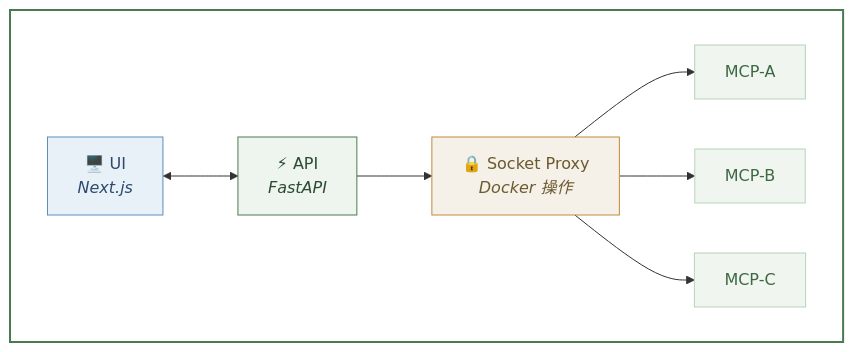
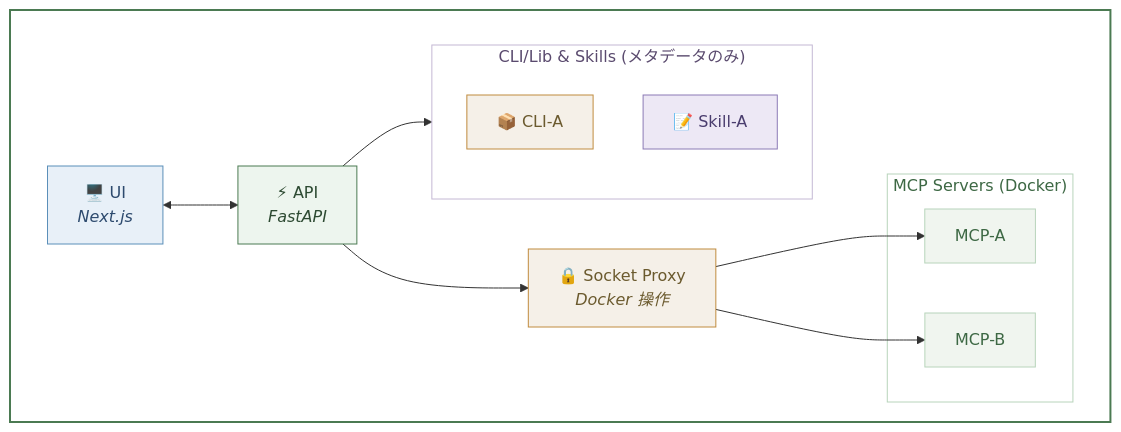
One commit to kumagallium/Crucible changed the first of 2 diagrams in README.ja.md. Above: the diagram before and after it, drawn with Mermaid. The commit also changed other lines of this file and 1 other file, not shown here.

````diff
--- a/README.ja.md
+++ b/README.ja.md
@@ -32,25 +41,33 @@
 ```mermaid
 graph TB
     subgraph Crucible [" "]
         UI["🖥️ UI<br/><i>Next.js</i>"]
         API["⚡ API<br/><i>FastAPI</i>"]
         Proxy["🔒 Socket Proxy<br/><i>Docker 操作</i>"]
-        MCP_A["MCP-A"]
-        MCP_B["MCP-B"]
-        MCP_C["MCP-C"]
+        subgraph MCP ["MCP Servers (Docker)"]
+            MCP_A["MCP-A"]
+            MCP_B["MCP-B"]
+        end
+        subgraph Light ["CLI/Lib & Skills (メタデータのみ)"]
+            CLI_A["📦 CLI-A"]
+            Skill_A["📝 Skill-A"]
+        end
     end
 
     UI <--> API
     API --> Proxy
+    API --> Light
     Proxy --> MCP_A
     Proxy --> MCP_B
-    Proxy --> MCP_C
 
     style Crucible fill:transparent,stroke:#4B7A52,stroke-width:2px,color:#2d4a32
     style UI fill:#e8f0f8,stroke:#5b8fb9,color:#2d4a6e
     style API fill:#edf5ee,stroke:#4B7A52,color:#2d4a32
     style Proxy fill:#f5f0e8,stroke:#c08b3e,color:#6b5a2e
+    style MCP fill:transparent,stroke:#b8d4bb,stroke-width:1px,color:#3d6844
+    style Light fill:transparent,stroke:#c4b8d4,stroke-width:1px,color:#5a4a6e
     style MCP_A fill:#f0f5ef,stroke:#b8d4bb,color:#3d6844
     style MCP_B fill:#f0f5ef,stroke:#b8d4bb,color:#3d6844
-    style MCP_C fill:#f0f5ef,stroke:#b8d4bb,color:#3d6844
+    style CLI_A fill:#f5f0e8,stroke:#c08b3e,color:#6b5a2e
+    style Skill_A fill:#ede8f5,stroke:#8b7ab5,color:#4a3d6e
 ```
````
